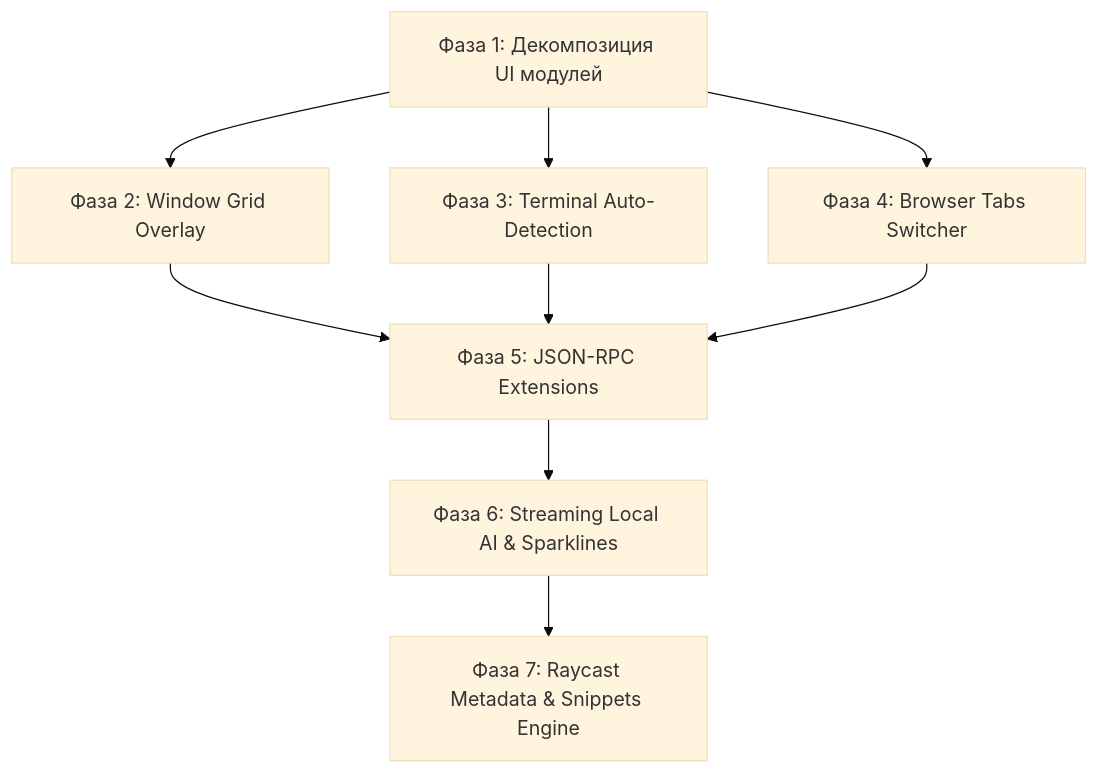
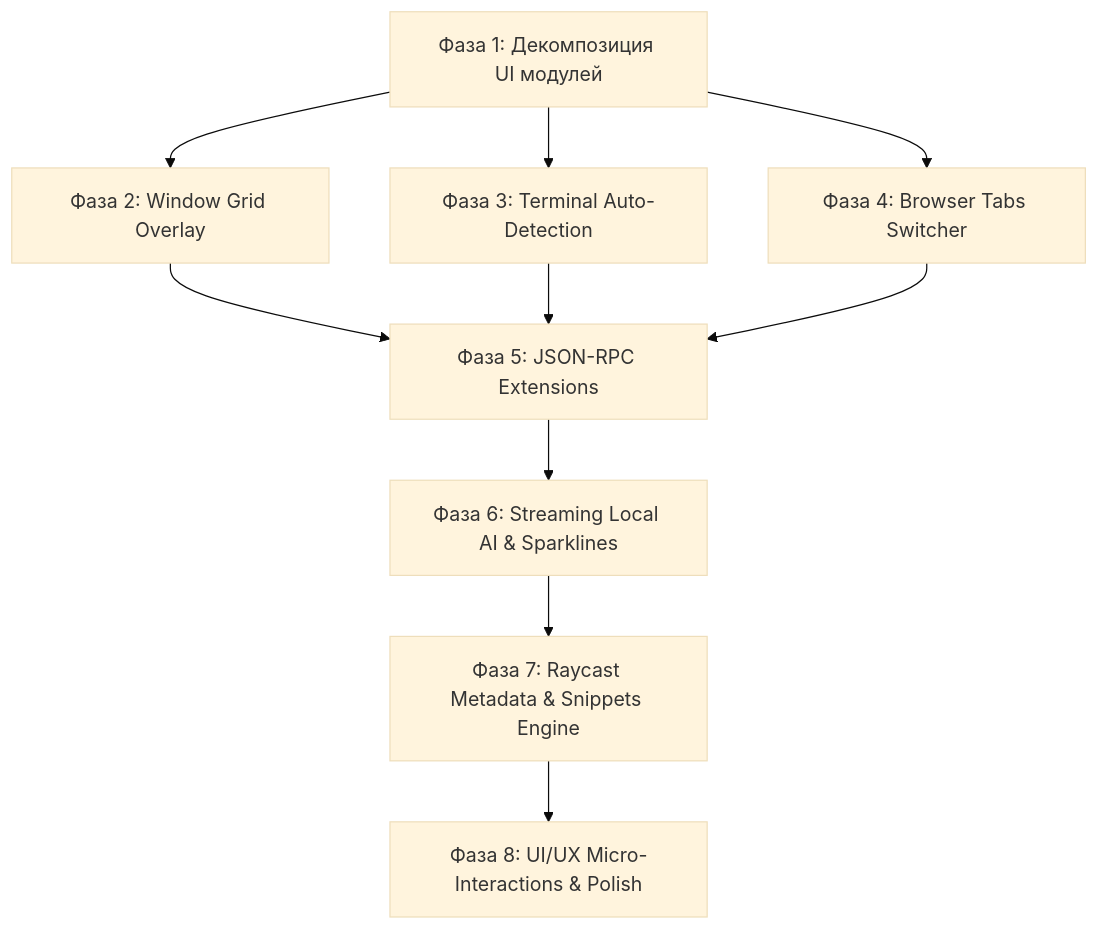
Before and after one commit to zeshi09/zeshicast: the diagram in docs/MASTER_PLAN.md, drawn with Mermaid (base theme). The commit also changed other lines of this file, not shown here.

Commit message:
docs: add Phase 8 (UI/UX Micro-Interactions & Polish) to Master Plan

````diff
--- a/docs/MASTER_PLAN.md
+++ b/docs/MASTER_PLAN.md
@@ -71,11 +73,12 @@
 ```mermaid
 graph TD
     P1[Фаза 1: Декомпозиция UI модулей] --> P2[Фаза 2: Window Grid Overlay]
     P1 --> P3[Фаза 3: Terminal Auto-Detection]
     P1 --> P4[Фаза 4: Browser Tabs Switcher]
     P2 --> P5[Фаза 5: JSON-RPC Extensions]
     P3 --> P5
     P4 --> P5
     P5 --> P6[Фаза 6: Streaming Local AI & Sparklines]
     P6 --> P7[Фаза 7: Raycast Metadata & Snippets Engine]
+    P7 --> P8[Фаза 8: UI/UX Micro-Interactions & Polish]
 ```
````
